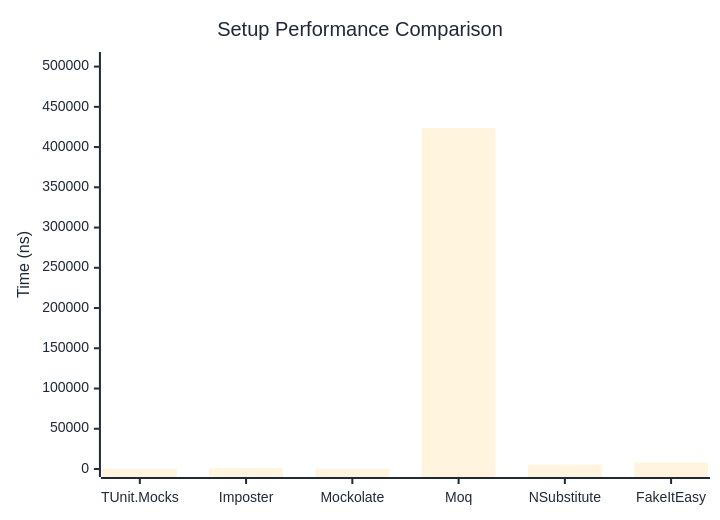
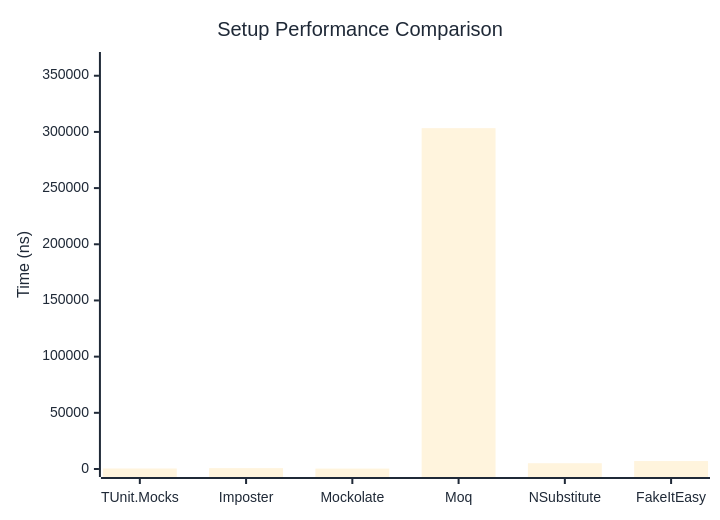
The first of 2 diagrams in docs/docs/benchmarks/mocks/Setup.md (thomhurst/TUnit), drawn with Mermaid before and after one commit. The commit also changed other lines of this file and 14 other files, not shown here.

````diff
--- a/docs/docs/benchmarks/mocks/Setup.md
+++ b/docs/docs/benchmarks/mocks/Setup.md
@@ -28,27 +28,27 @@
 ```mermaid
 %%{init: {
   'theme':'base',
   'themeVariables': {
     'primaryColor': '#2563eb',
     'primaryTextColor': '#1f2937',
     'primaryBorderColor': '#1e40af',
     'lineColor': '#6b7280',
     'secondaryColor': '#7c3aed',
     'tertiaryColor': '#dc2626',
     'background': '#ffffff',
     'pie1': '#2563eb',
     'pie2': '#7c3aed',
     'pie3': '#dc2626',
     'pie4': '#f59e0b',
     'pie5': '#10b981',
     'pie6': '#06b6d4',
     'pie7': '#ec4899',
     'pie8': '#6366f1'
   }
 }}%%
 xychart-beta
   title "Setup Performance Comparison"
   x-axis ["TUnit.Mocks", "Imposter", "Mockolate", "Moq", "NSubstitute", "FakeItEasy"]
-  y-axis "Time (ns)" 0 --> 508180
-  bar [412.1, 796.8, 327.1, 423482.9, 5383.9, 8160.3]
+  y-axis "Time (ns)" 0 --> 364004
+  bar [444.7, 767.4, 354.8, 303336, 5136.8, 7086.8]
 ```
````
